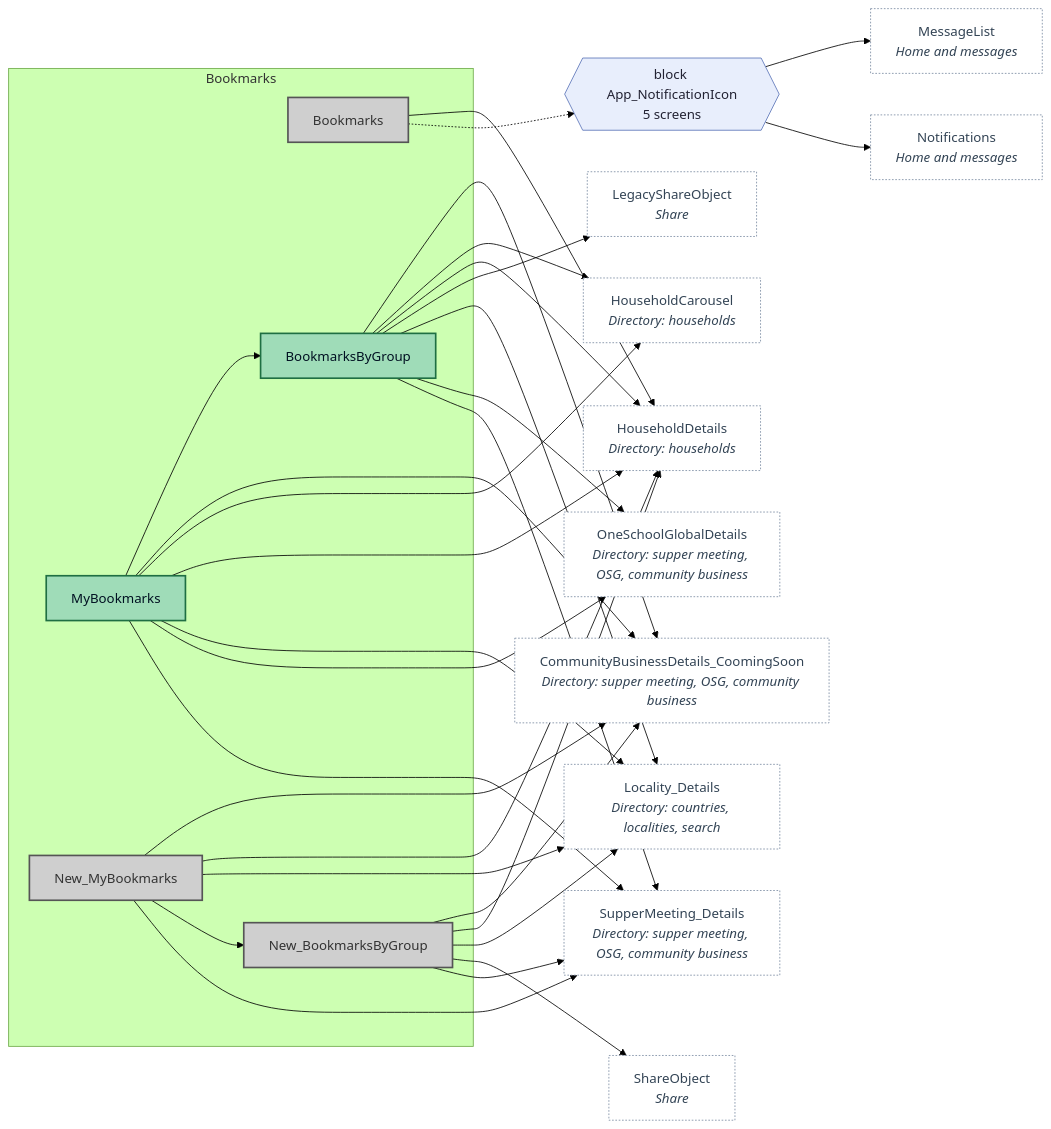
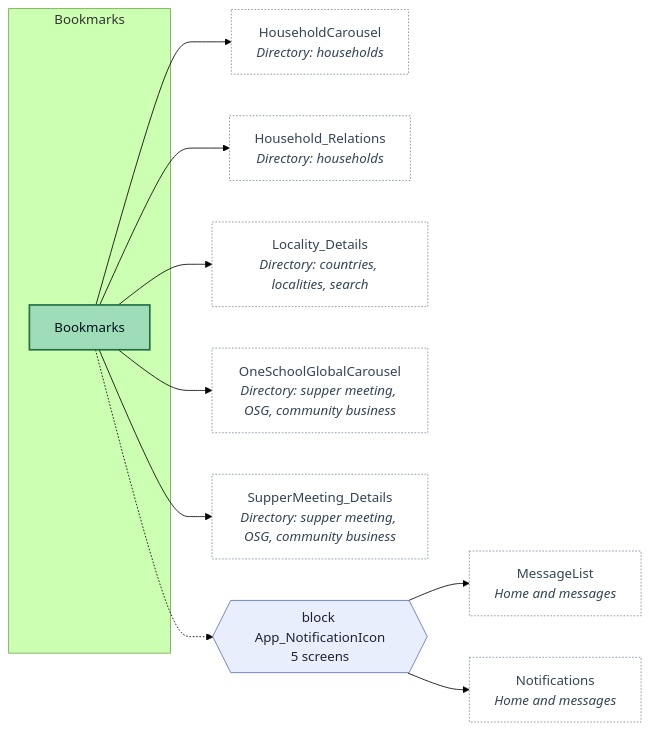
One commit to Phoenix-DX/connect-new-ui changed the eighth of 14 diagrams in migration/sitemap.md. Above: the diagram before and after it, drawn with Mermaid (forest theme). The commit also changed other lines of this file and 15 other files, not shown here.

````diff
--- a/migration/sitemap.md
+++ b/migration/sitemap.md
@@ -470,56 +503,29 @@
 ```mermaid
 flowchart LR
   classDef build fill:#9fdcb8,stroke:#1f6f43,color:#012,stroke-width:2px
   classDef skip fill:#cfcfcf,stroke:#555555,color:#333,stroke-width:2px
   classDef pbuild fill:#e3f5ea,stroke:#2e8b57,color:#123,stroke-dasharray:4 3
   classDef decide fill:#fff1c9,stroke:#c99700,color:#321,stroke-dasharray:4 3
   classDef pskip fill:#f2f2f2,stroke:#999999,color:#666,stroke-dasharray:4 3
   classDef ext fill:#ffffff,stroke:#7a8ca3,color:#345,stroke-dasharray:2 2
   classDef hub fill:#e8eefc,stroke:#5b74b8,color:#223
   subgraph AREA["Bookmarks"]
-    Bookmarks["Bookmarks"]:::skip
-    BookmarksByGroup["BookmarksByGroup"]:::build
-    MyBookmarks["MyBookmarks"]:::build
-    New_BookmarksByGroup["New_BookmarksByGroup"]:::skip
-    New_MyBookmarks["New_MyBookmarks"]:::skip
+    Bookmarks["Bookmarks"]:::build
   end
-  CommunityBusinessDetails_CoomingSoon["CommunityBusinessDetails_CoomingSoon<br/><i>Directory: supper meeting, OSG, community business</i>"]:::ext
   HouseholdCarousel["HouseholdCarousel<br/><i>Directory: households</i>"]:::ext
-  HouseholdDetails["HouseholdDetails<br/><i>Directory: households</i>"]:::ext
-  LegacyShareObject["LegacyShareObject<br/><i>Share</i>"]:::ext
+  Household_Relations["Household_Relations<br/><i>Directory: households</i>"]:::ext
   Locality_Details["Locality_Details<br/><i>Directory: countries, localities, search</i>"]:::ext
   MessageList["MessageList<br/><i>Home and messages</i>"]:::ext
   Notifications["Notifications<br/><i>Home and messages</i>"]:::ext
-  OneSchoolGlobalDetails["OneSchoolGlobalDetails<br/><i>Directory: supper meeting, OSG, community business</i>"]:::ext
-  ShareObject["ShareObject<br/><i>Share</i>"]:::ext
+  OneSchoolGlobalCarousel["OneSchoolGlobalCarousel<br/><i>Directory: supper meeting, OSG, community business</i>"]:::ext
   SupperMeeting_Details["SupperMeeting_Details<br/><i>Directory: supper meeting, OSG, community business</i>"]:::ext
   H0{{"block App_NotificationIcon<br/>5 screens"}}:::hub
-  Bookmarks --> HouseholdDetails
+  Bookmarks --> HouseholdCarousel
+  Bookmarks --> Household_Relations
+  Bookmarks --> Locality_Details
+  Bookmarks --> OneSchoolGlobalCarousel
+  Bookmarks --> SupperMeeting_Details
   Bookmarks -.-> H0
-  BookmarksByGroup --> CommunityBusinessDetails_CoomingSoon
-  BookmarksByGroup --> HouseholdCarousel
-  BookmarksByGroup --> HouseholdDetails
-  BookmarksByGroup --> LegacyShareObject
-  BookmarksByGroup --> Locality_Details
-  BookmarksByGroup --> OneSchoolGlobalDetails
-  BookmarksByGroup --> SupperMeeting_Details
-  MyBookmarks --> BookmarksByGroup
-  MyBookmarks --> CommunityBusinessDetails_CoomingSoon
-  MyBookmarks --> HouseholdCarousel
-  MyBookmarks --> HouseholdDetails
-  MyBookmarks --> Locality_Details
-  MyBookmarks --> OneSchoolGlobalDetails
-  MyBookmarks --> SupperMeeting_Details
-  New_BookmarksByGroup --> CommunityBusinessDetails_CoomingSoon
-  New_BookmarksByGroup --> HouseholdDetails
-  New_BookmarksByGroup --> Locality_Details
-  New_BookmarksByGroup --> ShareObject
-  New_BookmarksByGroup --> SupperMeeting_Details
-  New_MyBookmarks --> CommunityBusinessDetails_CoomingSoon
-  New_MyBookmarks --> HouseholdDetails
-  New_MyBookmarks --> Locality_Details
-  New_MyBookmarks --> New_BookmarksByGroup
-  New_MyBookmarks --> SupperMeeting_Details
   H0 --> MessageList
   H0 --> Notifications
 ```
````
